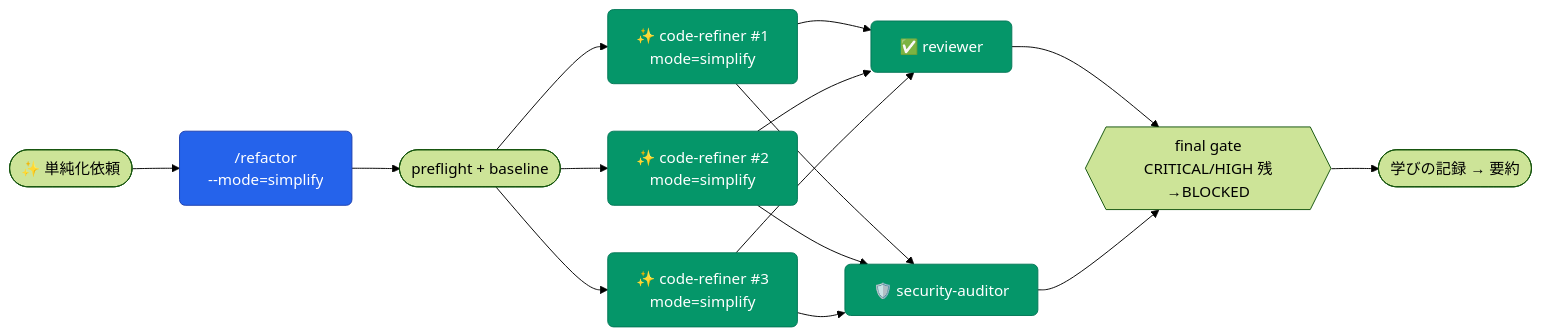
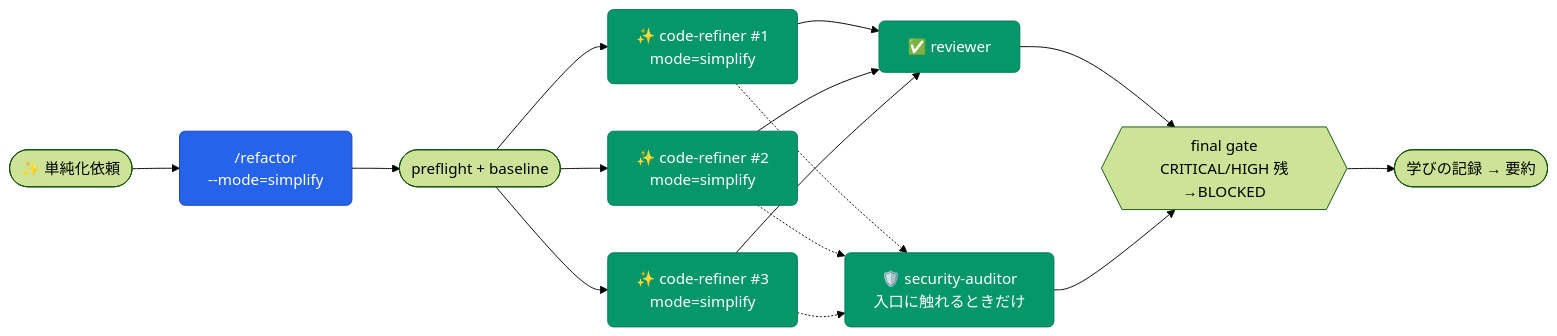
The fourth of 20 diagrams in README.md (aokumablue/claq), drawn with Mermaid (forest theme) before and after one commit. The commit also changed other lines of this file and 4 other files, not shown here.

Commit message:
refactor(defs): security-auditor の起動を /review・/refactor・maintain でも入口に触れる変更だけにする

````diff
--- a/README.md
+++ b/README.md
@@ -298,15 +298,15 @@
 ```mermaid
 flowchart LR
   classDef cmd    fill:#2563eb,stroke:#1e40af,color:#fff,rx:6
   classDef agent  fill:#059669,stroke:#047857,color:#fff,rx:6
 
   U(["✨ 単純化依頼"]) --> CREF["/refactor<br/>--mode=simplify"]:::cmd
   CREF --> PRE(["preflight + baseline"])
   PRE --> AS1["✨ code-refiner #1<br/>mode=simplify"]:::agent
   PRE --> AS2["✨ code-refiner #2<br/>mode=simplify"]:::agent
   PRE --> AS3["✨ code-refiner #3<br/>mode=simplify"]:::agent
   AS1 & AS2 & AS3 --> AR["✅ reviewer"]:::agent
-  AS1 & AS2 & AS3 --> ASEC["🛡️ security-auditor"]:::agent
+  AS1 & AS2 & AS3 -.-> ASEC["🛡️ security-auditor<br/>入口に触れるときだけ"]:::agent
   AR & ASEC --> GATE{{"final gate<br/>CRITICAL/HIGH 残→BLOCKED"}}
   GATE --> SUM(["学びの記録 → 要約"])
 ```
````
